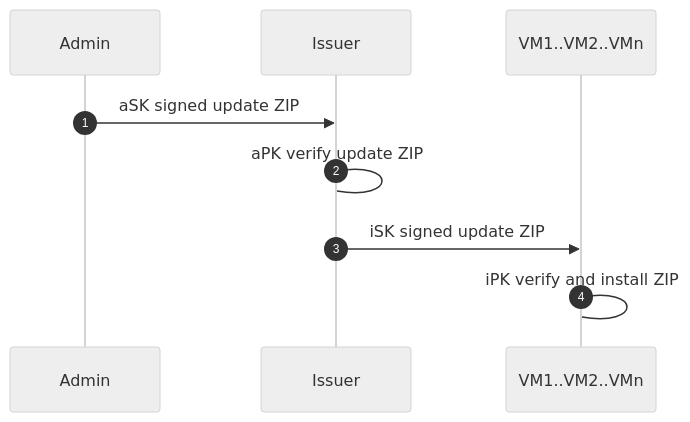
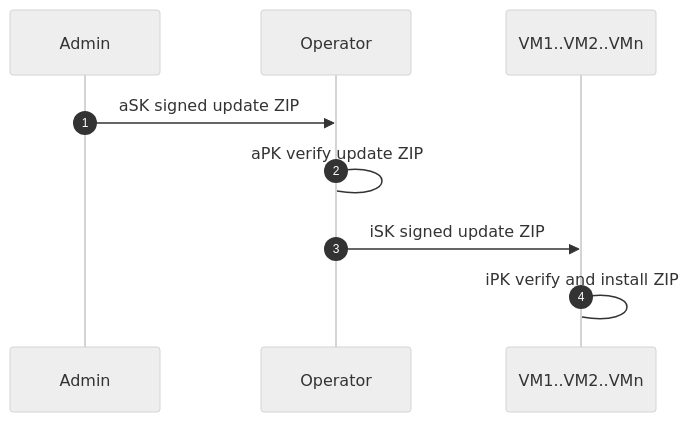
The fifth of 6 diagrams in docs/Setup.md (dyne/zenswarm-devops), drawn with Mermaid (neutral theme) before and after one commit. The commit also changed other lines of this file, not shown here.

Commit message:
rename Issuer to Operator

````diff
--- a/docs/Setup.md
+++ b/docs/Setup.md
@@ -105,12 +105,12 @@
 ```mermaid
 sequenceDiagram
 autonumber
   participant A as Admin
-  participant I as Issuer
+  participant O as Operator
   participant V as VM1..VM2..VMn
   
-  A->>I: aSK signed update ZIP
-  I->I: aPK verify update ZIP
-  I->>V: iSK signed update ZIP 
+  A->>O: aSK signed update ZIP
+  O->O: aPK verify update ZIP
+  O->>V: iSK signed update ZIP 
   V->V: iPK verify and install ZIP
 ```
````
